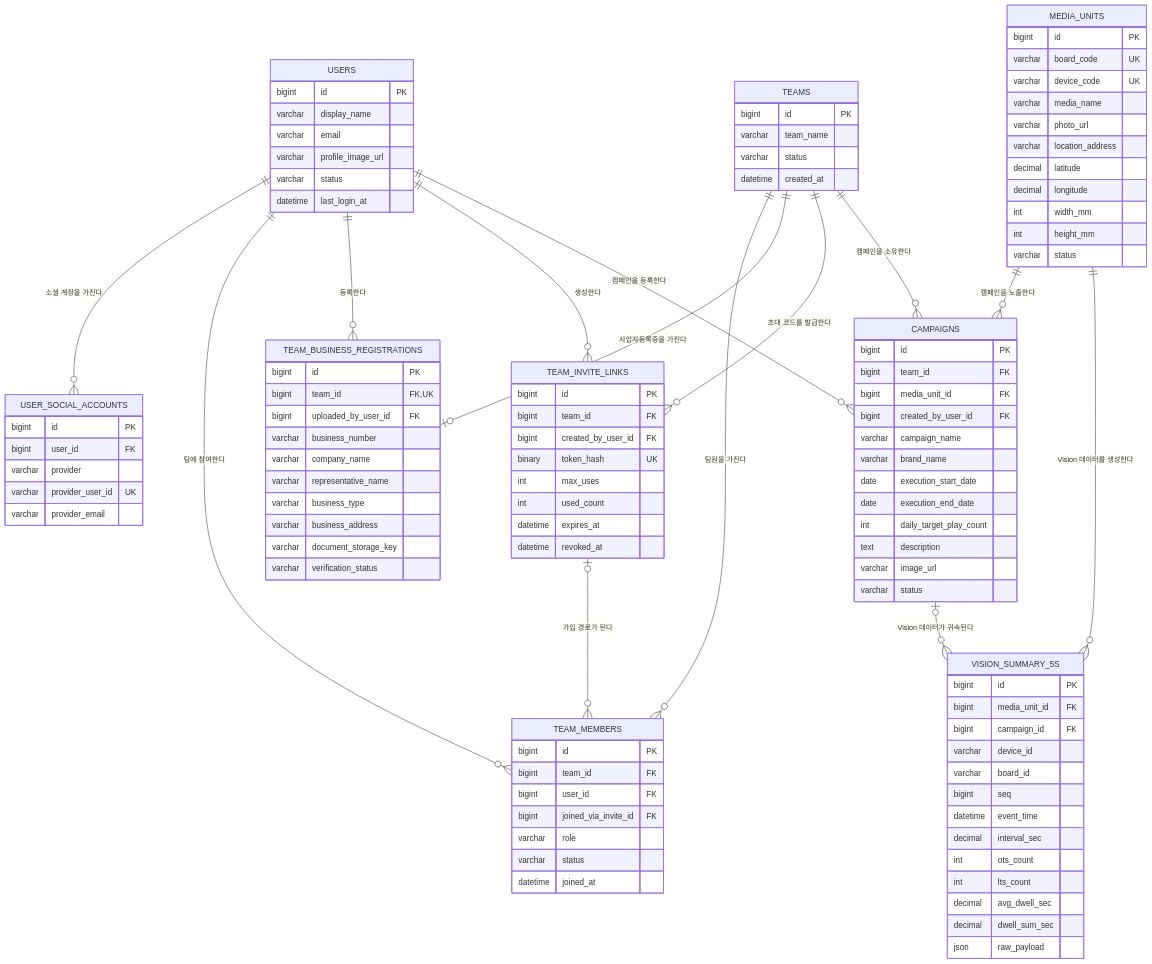
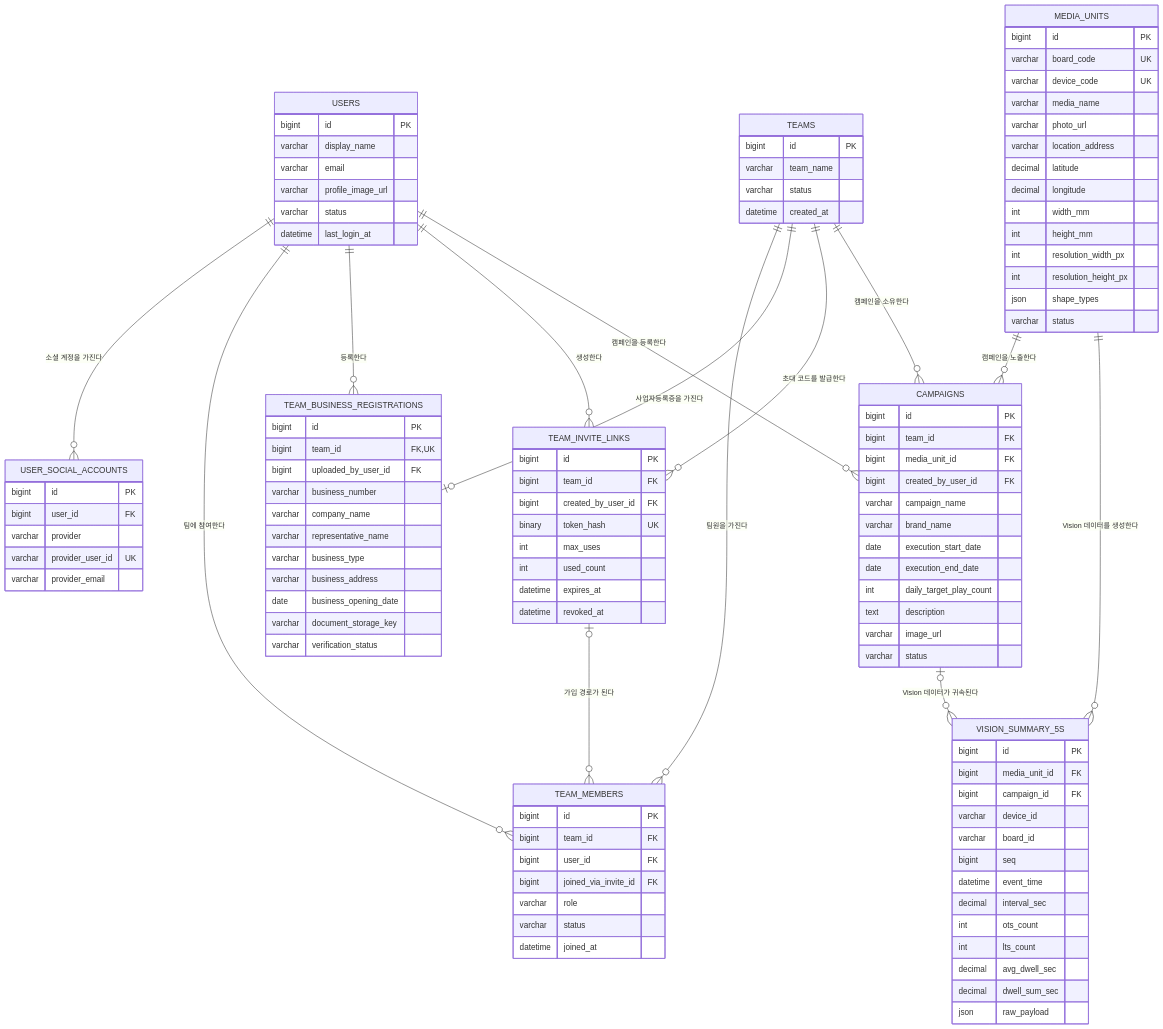
One commit to Shinhan-KLLJS/backend changed the diagram in docs/mvp-database-erd.md. Above: the diagram before and after it, drawn with Mermaid. The commit also changed other lines of this file and 17 other files, not shown here.

```diff
--- a/docs/mvp-database-erd.md
+++ b/docs/mvp-database-erd.md
@@ -92,6 +92,7 @@
         varchar representative_name
         varchar business_type
         varchar business_address
+        date business_opening_date
         varchar document_storage_key
         varchar verification_status
     }
@@ -118,6 +119,9 @@
         decimal longitude
         int width_mm
         int height_mm
+        int resolution_width_px
+        int resolution_height_px
+        json shape_types
         varchar status
     }
 
```
